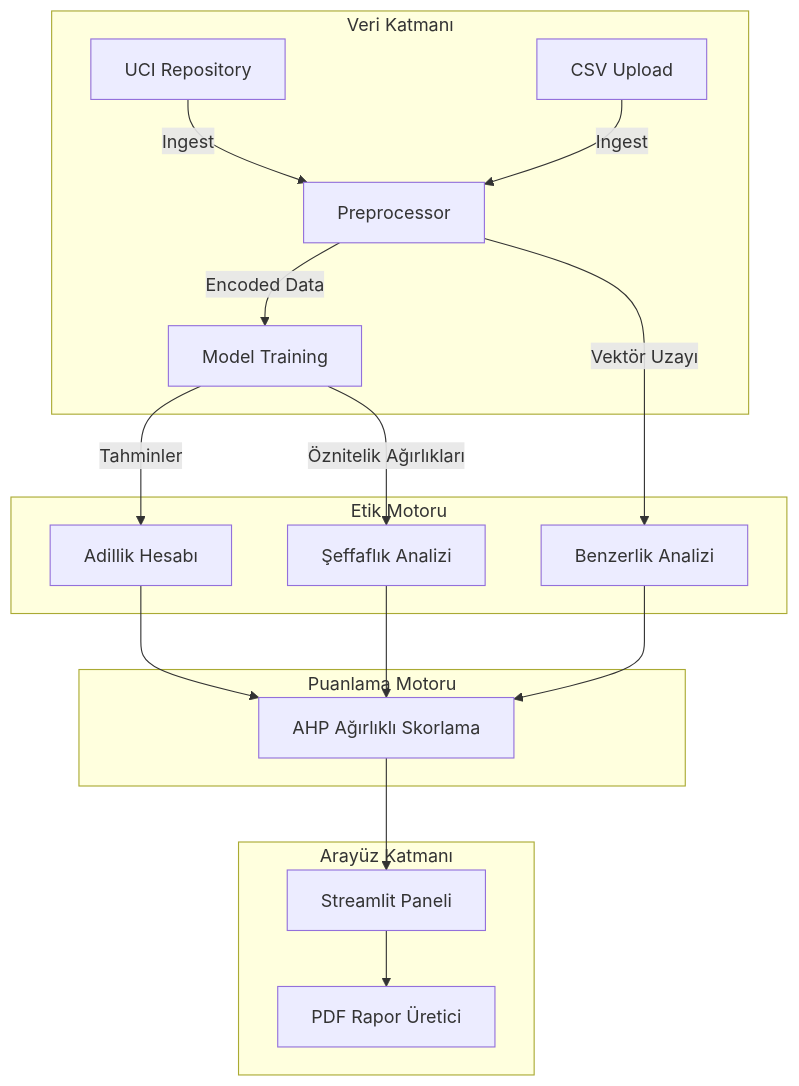
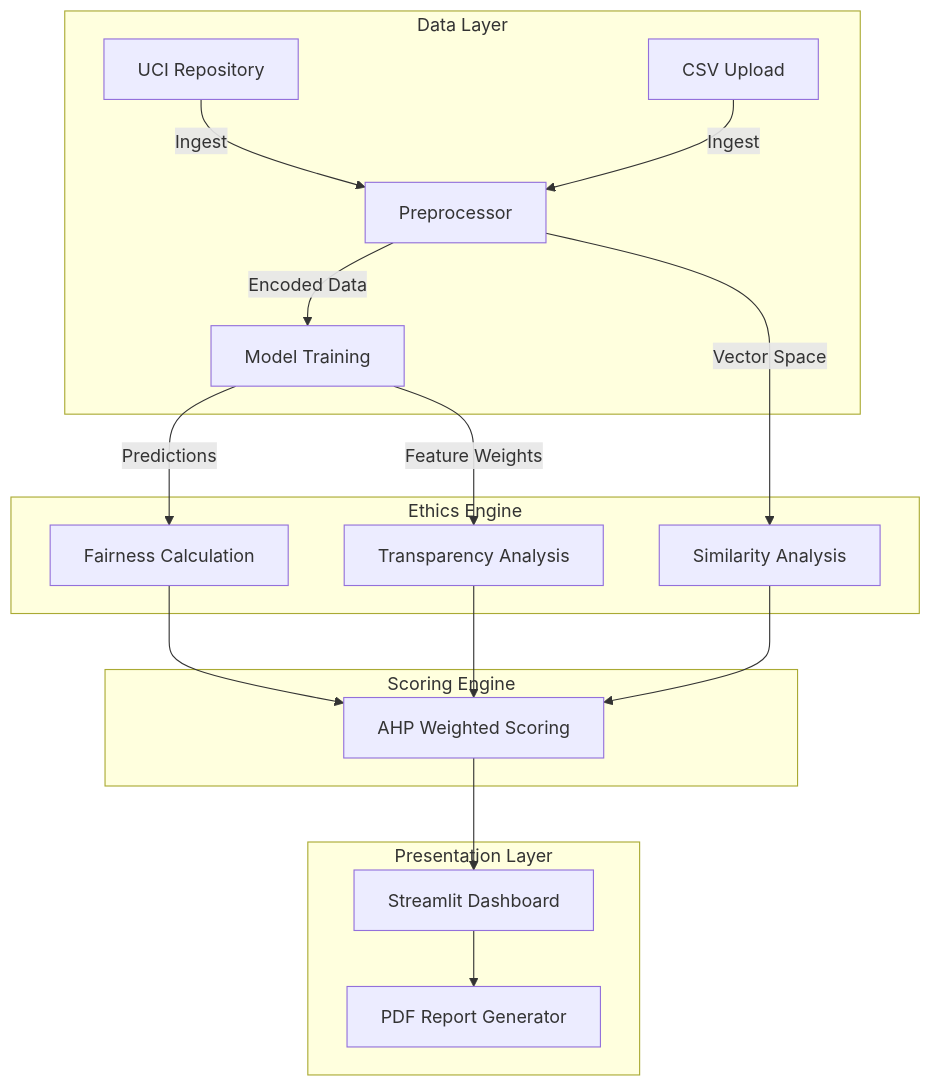
Before and after one commit to kaatbas/ai-ethics-inspector: the diagram in README.md, drawn with Mermaid. The commit also changed other lines of this file, not shown here.

````diff
--- a/README.md
+++ b/README.md
@@ -22,25 +22,25 @@
 ```mermaid
 graph TD
-    subgraph Data_Layer [Veri Katmanı]
+    subgraph Data_Layer [Data Layer]
         D1[UCI Repository] -->|Ingest| P[Preprocessor]
         D2[CSV Upload] -->|Ingest| P
         P -->|Encoded Data| M[Model Training]
     end
 
-    subgraph Ethics_Engine [Etik Motoru]
-        M -->|Tahminler| F[Adillik Hesabı]
-        M -->|Öznitelik Ağırlıkları| T[Şeffaflık Analizi]
-        P -->|Vektör Uzayı| S[Benzerlik Analizi]
+    subgraph Ethics_Engine [Ethics Engine]
+        M -->|Predictions| F[Fairness Calculation]
+        M -->|Feature Weights| T[Transparency Analysis]
+        P -->|Vector Space| S[Similarity Analysis]
     end
 
-    subgraph Scoring_System [Puanlama Motoru]
-        F --> CALC[AHP Ağırlıklı Skorlama]
+    subgraph Scoring_System [Scoring Engine]
+        F --> CALC[AHP Weighted Scoring]
         T --> CALC
         S --> CALC
     end
 
-    subgraph Application_Layer [Arayüz Katmanı]
-        CALC --> DASH[Streamlit Paneli]
-        DASH --> PDF[PDF Rapor Üretici]
+    subgraph Application_Layer [Presentation Layer]
+        CALC --> DASH[Streamlit Dashboard]
+        DASH --> PDF[PDF Report Generator]
     end
 ```
````
